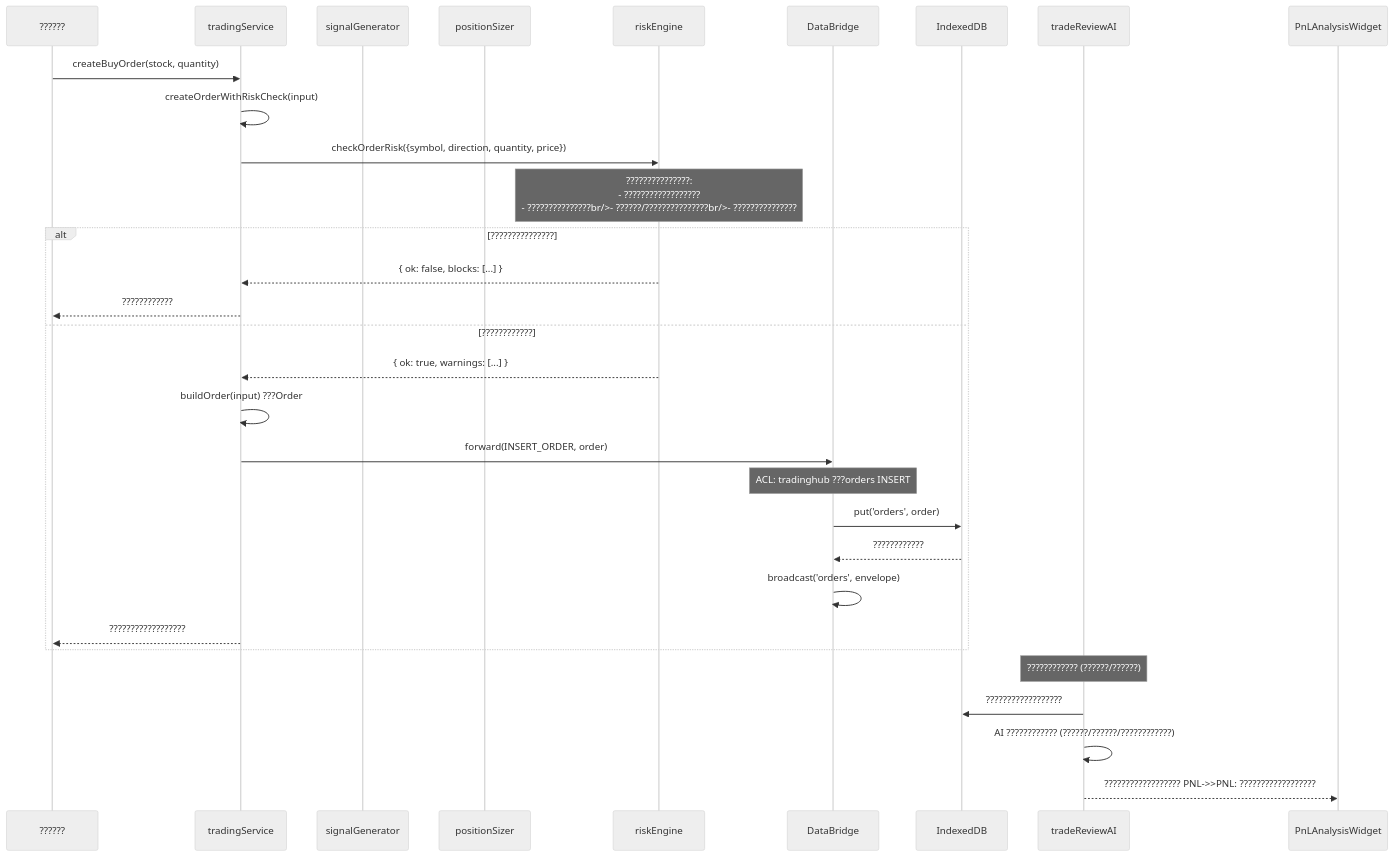
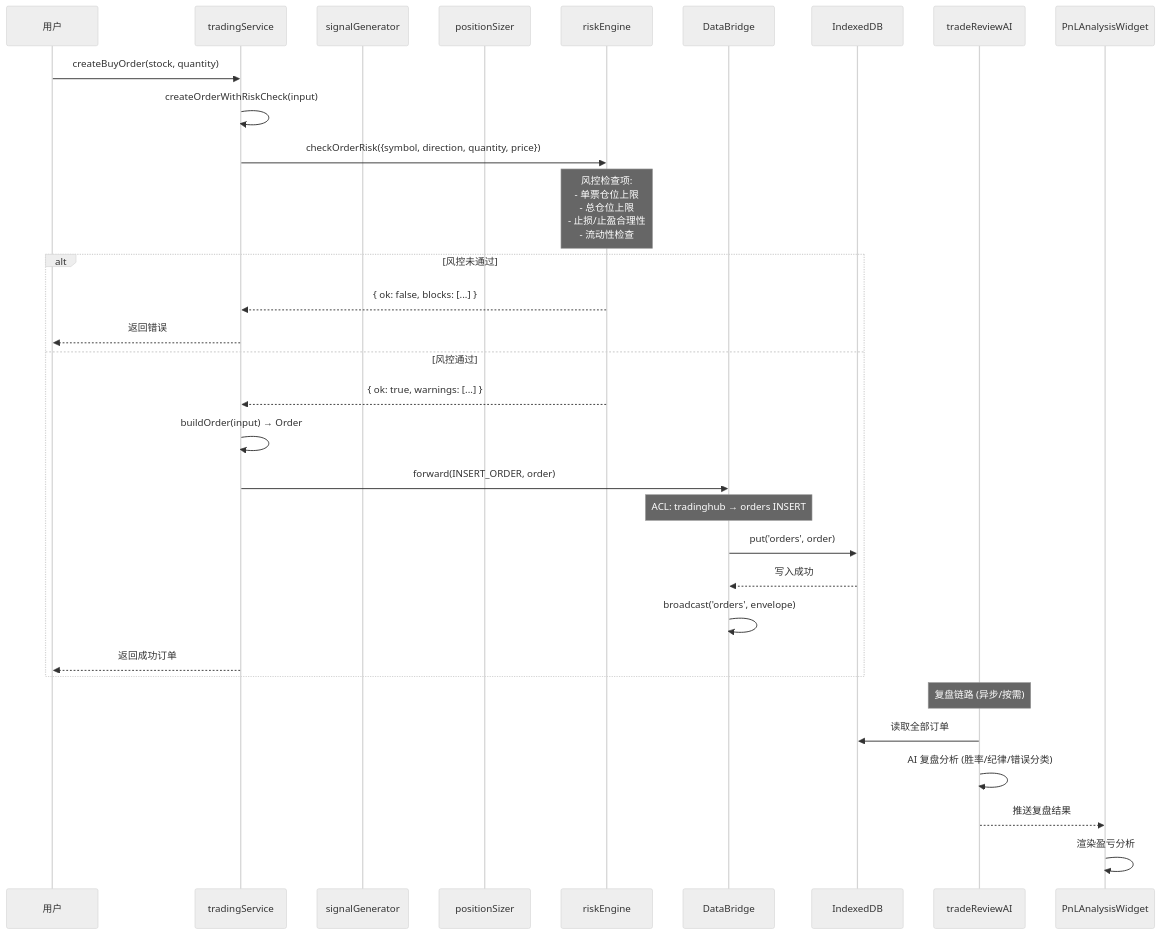
The fourth of 7 diagrams in docs/reference/v9-数据血缘追踪.md (DHENGHONGYU/-), drawn with Mermaid (neutral theme) before and after one commit. The commit also changed other lines of this file and 849 other files, not shown here.

````diff
--- a/docs/reference/v9-数据血缘追踪.md
+++ b/docs/reference/v9-数据血缘追踪.md
@@ -464,39 +467,41 @@
 ```mermaid
 sequenceDiagram
-    participant U as ??????
+    participant U as 用户
     participant TS as tradingService
     participant SG as signalGenerator
     participant PS as positionSizer
     participant RE as riskEngine
     participant DB as DataBridge
     participant IDB as IndexedDB
     participant TRA as tradeReviewAI
     participant PNL as PnLAnalysisWidget
 
     U->>TS: createBuyOrder(stock, quantity)
     TS->>TS: createOrderWithRiskCheck(input)
     
     TS->>RE: checkOrderRisk({symbol, direction, quantity, price})
-    Note over RE: ???????????????:<br/>- ??????????????????<br/>- ???????????????br/>- ??????/???????????????br/>- ???????????????    
-    alt ???????????????
+    Note over RE: 风控检查项:<br/>- 单票仓位上限<br/>- 总仓位上限<br/>- 止损/止盈合理性<br/>- 流动性检查
+    
+    alt 风控未通过
         RE-->>TS: { ok: false, blocks: [...] }
-        TS-->>U: ????????????
-    else ????????????
+        TS-->>U: 返回错误
+    else 风控通过
         RE-->>TS: { ok: true, warnings: [...] }
         
-        TS->>TS: buildOrder(input) ???Order
+        TS->>TS: buildOrder(input) → Order
         TS->>DB: forward(INSERT_ORDER, order)
-        Note over DB: ACL: tradinghub ???orders INSERT
+        Note over DB: ACL: tradinghub → orders INSERT
         
         DB->>IDB: put('orders', order)
-        IDB-->>DB: ????????????
+        IDB-->>DB: 写入成功
         DB->>DB: broadcast('orders', envelope)
         
-        TS-->>U: ??????????????????
+        TS-->>U: 返回成功订单
     end
     
-    Note over TRA: ???????????? (??????/??????)
-    TRA->>IDB: ??????????????????
-    TRA->>TRA: AI ???????????? (??????/??????/????????????)
-    TRA-->>PNL: ??????????????????    PNL->>PNL: ??????????????????
+    Note over TRA: 复盘链路 (异步/按需)
+    TRA->>IDB: 读取全部订单
+    TRA->>TRA: AI 复盘分析 (胜率/纪律/错误分类)
+    TRA-->>PNL: 推送复盘结果
+    PNL->>PNL: 渲染盈亏分析
 ```
````
